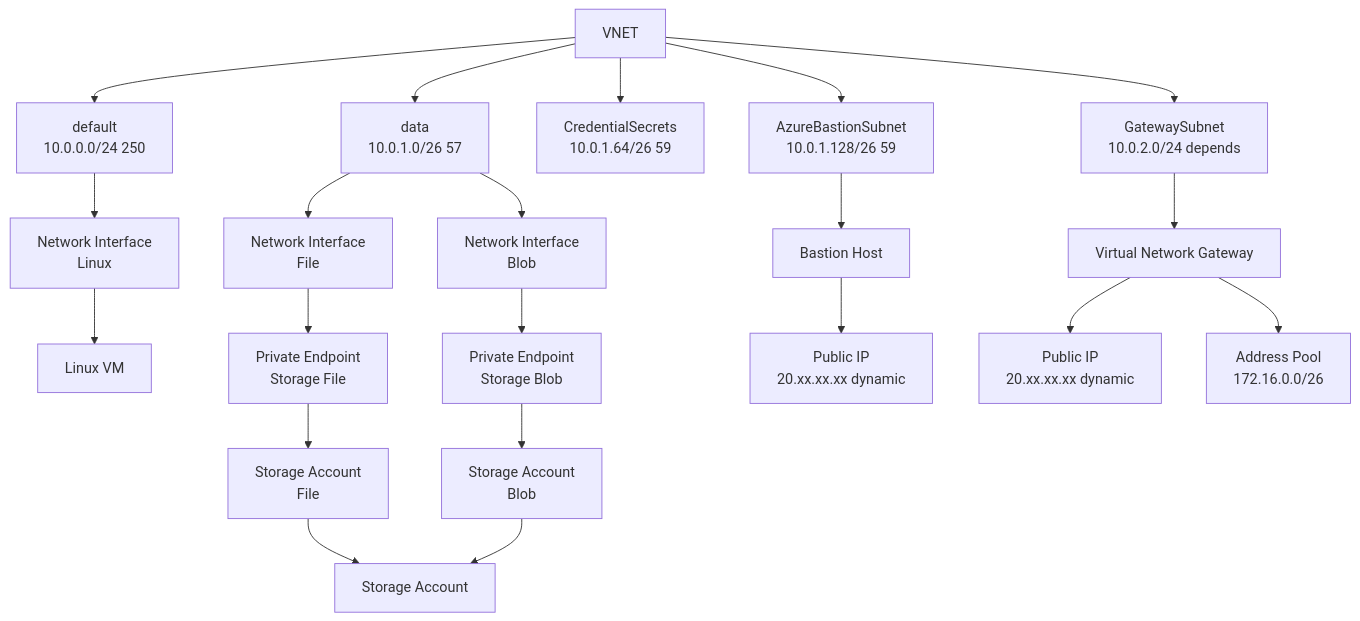
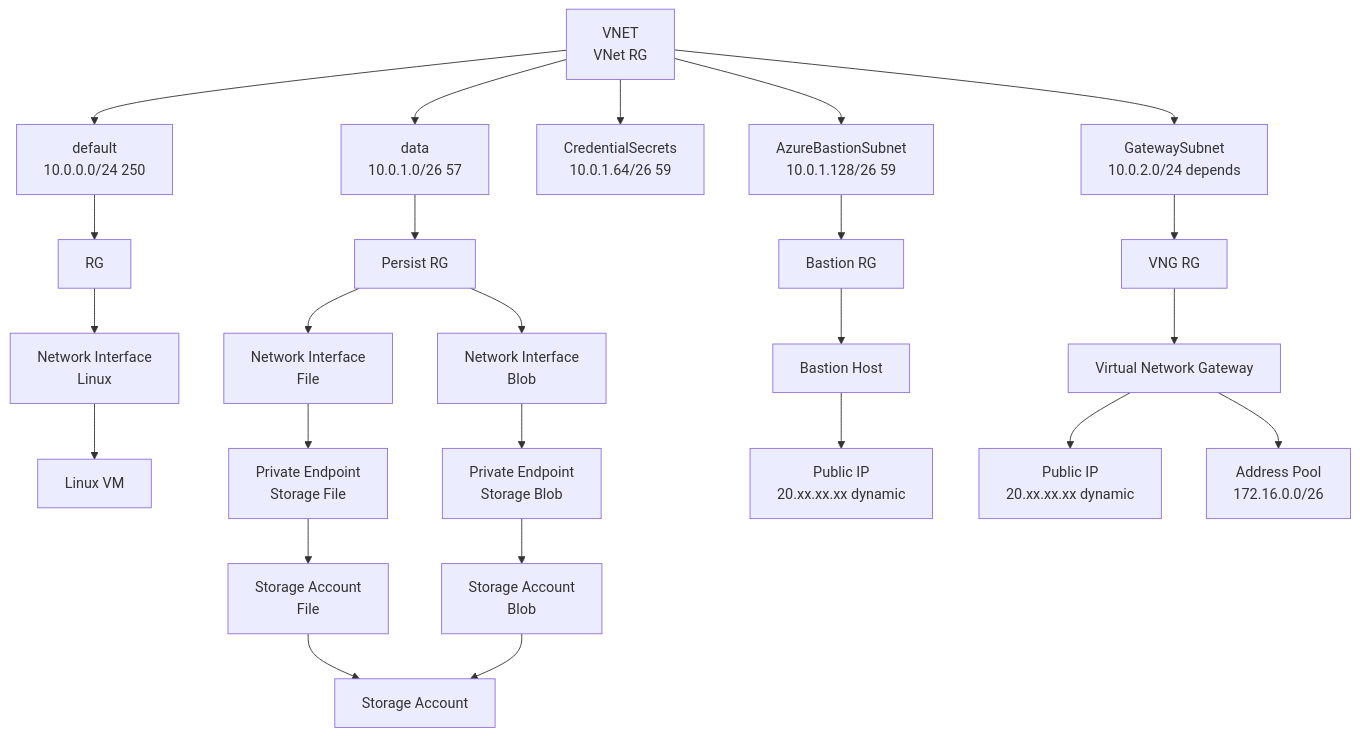
The diagram in README.md (freemansoft/vnet-p2s-vpn-bastion-azure), drawn with Mermaid before and after one commit.

Commit message:
Add Resource Groups to Diagram

````diff
--- a/README.md
+++ b/README.md
@@ -63,33 +63,37 @@
 ```mermaid
 flowchart TD
-    A[VNET]
+    A[VNET<br/> VNet RG]
     A --> SubDef[default <br/>10.0.0.0/24 250]
     A --> SubData[data <br/>10.0.1.0/26 57]
     A --> SubCred[CredentialSecrets <br/>10.0.1.64/26 59]
     A --> SubBast[AzureBastionSubnet <br/>10.0.1.128/26 59]
-    A --> SubVNG[GatewaySubnet <br/>10.0.2.0/24  depends]
+    A --> SubVng[GatewaySubnet <br/>10.0.2.0/24  depends]
 
-    SubDef --> NicVM[Network Interface<br/>Linux]
+    SubDef --> SubDefRg[RG]
+    SubDefRg --> NicVM[Network Interface<br/>Linux]
     NicVM --> VM[Linux VM]
     
     StorAct[Storage Account]
     StorFile[Storage Account<br/>File]
     StorBlob[Storage Account<br/>Blob] 
 
-    SubData --> NicStorFile[Network Interface<br/>File]
+    SubData --> SubPersistRg[Persist RG]
+    SubPersistRg --> NicStorFile[Network Interface<br/>File]
     NicStorFile --> PleFile[Private Endpoint<br/>Storage File]
     PleFile --> StorFile
     StorFile --> StorAct
 
-    SubData --> NicStorBlob[Network Interface<br/>Blob]
+    SubPersistRg --> NicStorBlob[Network Interface<br/>Blob]
     NicStorBlob --> PleBlob[Private Endpoint<br/>Storage Blob]
     PleBlob --> StorBlob
     StorBlob --> StorAct
 
-    SubBast --> Bastion[Bastion Host]
+    SubBast --> SubBastRg[Bastion RG]
+    SubBastRg --> Bastion[Bastion Host]
     Bastion --> PubaAst[Public IP<br>20.xx.xx.xx dynamic]
 
-    SubVNG --> VNG[Virtual Network Gateway]
+    SubVng --> SubVngRg[VNG RG]
+    SubVngRg --> VNG[Virtual Network Gateway]
     VNG --> PubVNG[Public IP<br>20.xx.xx.xx dynamic]
     VNG --> PoolVNG[Address Pool<br>172.16.0.0/26]
 ```
````
